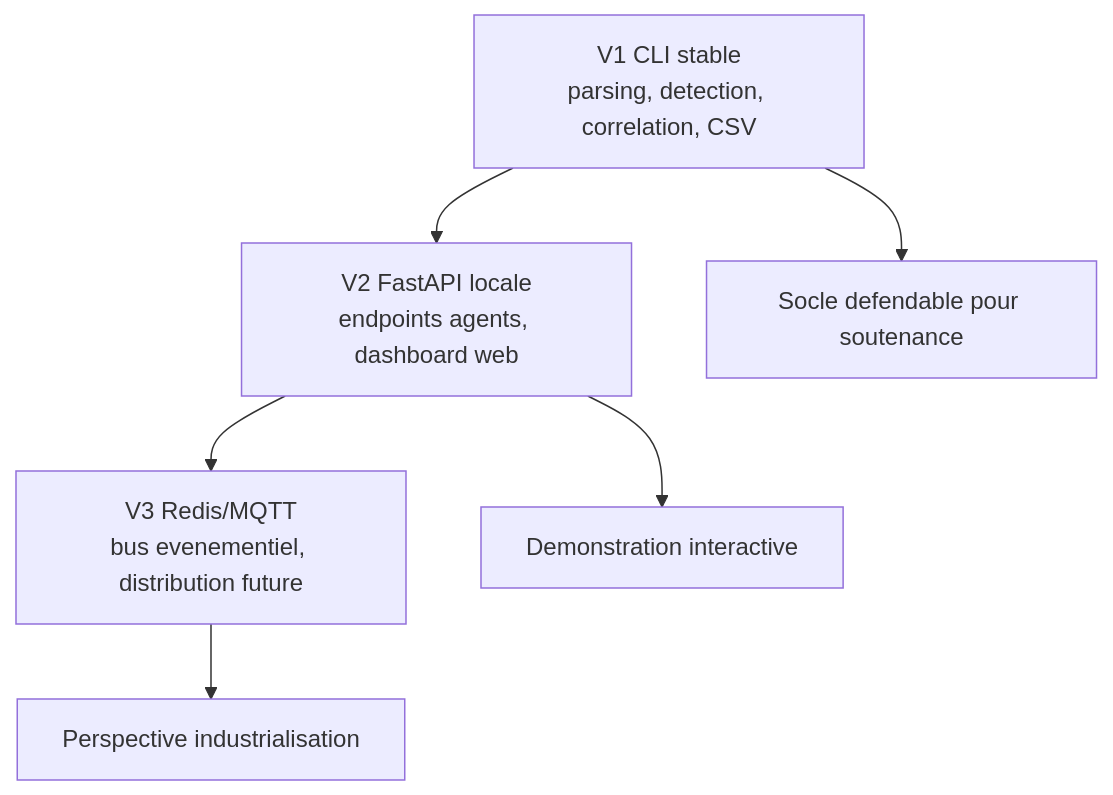
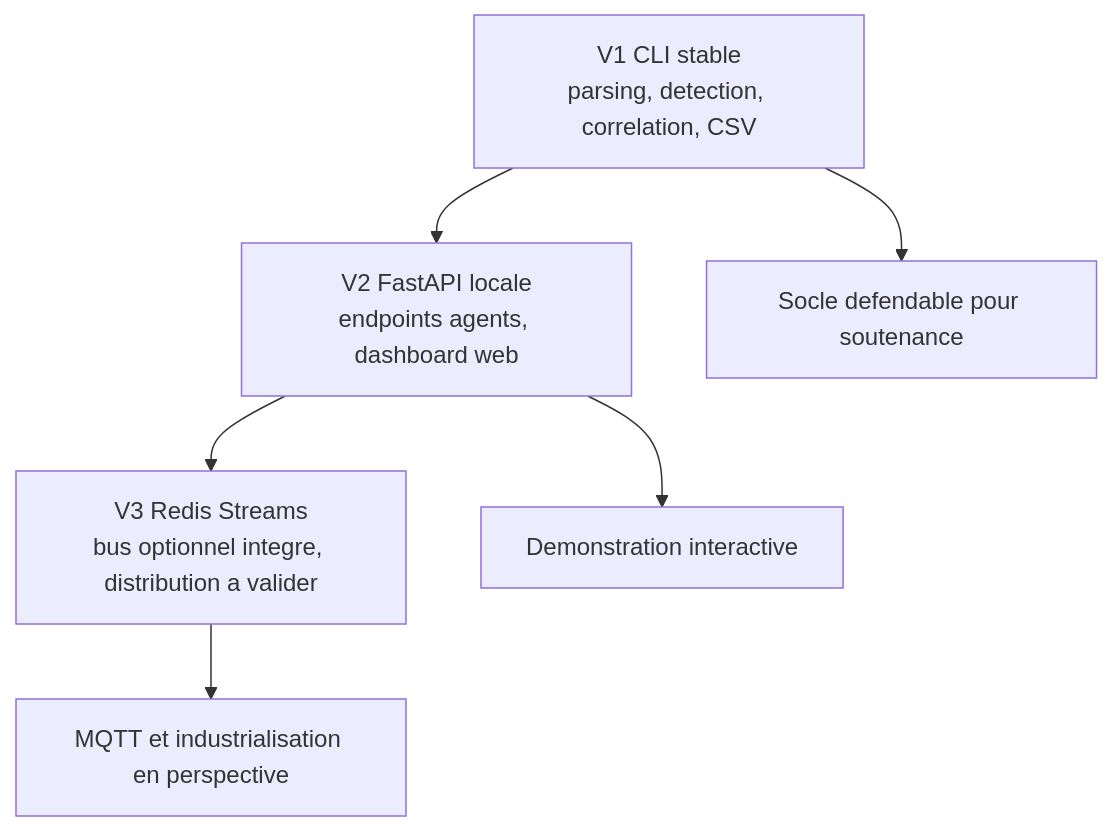
The third of 4 diagrams in docs/architecture/diagrammes_memoire.md (andybitati/Memoire), drawn with Mermaid before and after one commit. The commit also changed 29 other files, not shown here.

````diff
--- a/docs/architecture/diagrammes_memoire.md
+++ b/docs/architecture/diagrammes_memoire.md
@@ -63,8 +63,8 @@
 ```mermaid
 flowchart TB
     V1[V1 CLI stable<br/>parsing, detection, correlation, CSV] --> V2[V2 FastAPI locale<br/>endpoints agents, dashboard web]
-    V2 --> V3[V3 Redis/MQTT<br/>bus evenementiel, distribution future]
+    V2 --> V3[V3 Redis Streams<br/>bus optionnel integre, distribution a valider]
     V1 --> S[Socle defendable pour soutenance]
     V2 --> D[Demonstration interactive]
-    V3 --> P[Perspective industrialisation]
+    V3 --> P[MQTT et industrialisation en perspective]
 ```
````
